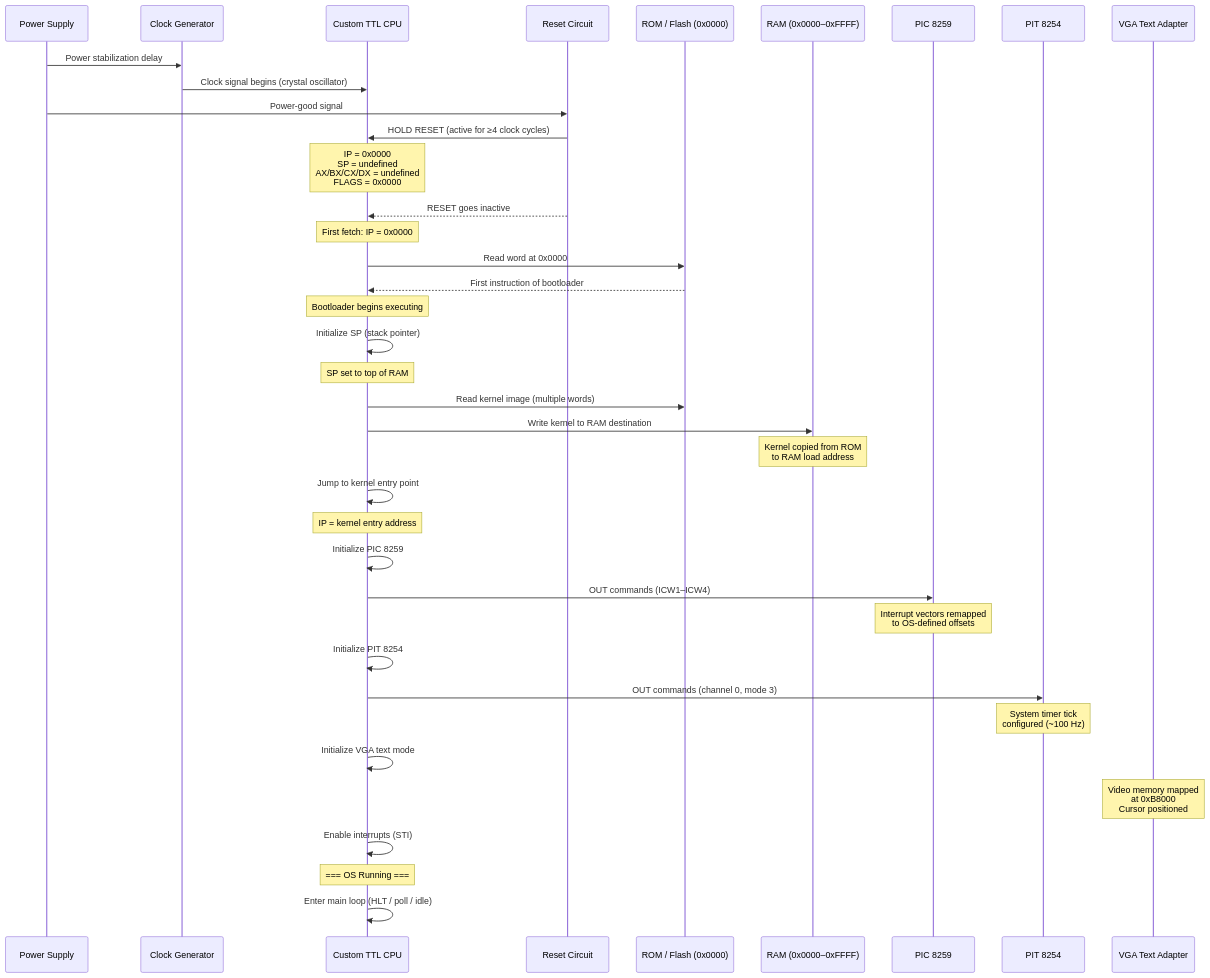
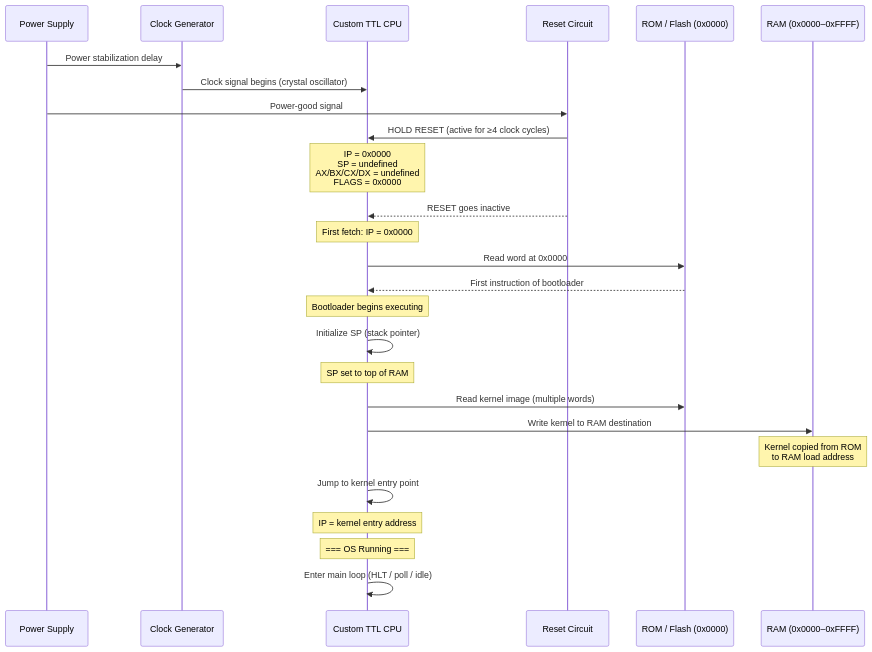
One commit to MinecAnton209/NovumOS-16bit changed the diagram in docs/en/boot/boot-process.md. Above: the diagram before and after it, drawn with Mermaid. The commit also changed other lines of this file and 30 other files, not shown here.

First line of the commit message:
feat: simple UART at port 0x00, kernel shell, remove PIC/PIT/UART16550, update docs

````diff
--- a/docs/en/boot/boot-process.md
+++ b/docs/en/boot/boot-process.md
@@ -19,50 +19,34 @@
 ```mermaid
 sequenceDiagram
     participant Power as Power Supply
     participant Clock as Clock Generator
     participant CPU as Custom TTL CPU
     participant Reset as Reset Circuit
     participant ROM as ROM / Flash (0x0000)
     participant RAM as RAM (0x0000–0xFFFF)
-    participant PIC as PIC 8259
-    participant PIT as PIT 8254
-    participant VGA as VGA Text Adapter
 
     Power->>Clock: Power stabilization delay
     Clock->>CPU: Clock signal begins (crystal oscillator)
     Power->>Reset: Power-good signal
     Reset->>CPU: HOLD RESET (active for ≥4 clock cycles)
     Note over CPU: IP = 0x0000<br/>SP = undefined<br/>AX/BX/CX/DX = undefined<br/>FLAGS = 0x0000
     Reset-->>CPU: RESET goes inactive
     Note over CPU: First fetch: IP = 0x0000
 
     CPU->>ROM: Read word at 0x0000
     ROM-->>CPU: First instruction of bootloader
     Note over CPU: Bootloader begins executing
 
     CPU->>CPU: Initialize SP (stack pointer)
     Note over CPU: SP set to top of RAM
 
     CPU->>ROM: Read kernel image (multiple words)
     CPU->>RAM: Write kernel to RAM destination
     Note over RAM: Kernel copied from ROM<br/>to RAM load address
 
     CPU->>CPU: Jump to kernel entry point
     Note over CPU: IP = kernel entry address
 
-    CPU->>CPU: Initialize PIC 8259
-    CPU->>PIC: OUT commands (ICW1–ICW4)
-    Note over PIC: Interrupt vectors remapped<br/>to OS-defined offsets
-
-    CPU->>CPU: Initialize PIT 8254
-    CPU->>PIT: OUT commands (channel 0, mode 3)
-    Note over PIT: System timer tick<br/>configured (~100 Hz)
-
-    CPU->>CPU: Initialize VGA text mode
-    Note over VGA: Video memory mapped<br/>at 0xB8000<br/>Cursor positioned
-
-    CPU->>CPU: Enable interrupts (STI)
-
     Note over CPU: === OS Running ===
     CPU->>CPU: Enter main loop (HLT / poll / idle)
 ```
````
